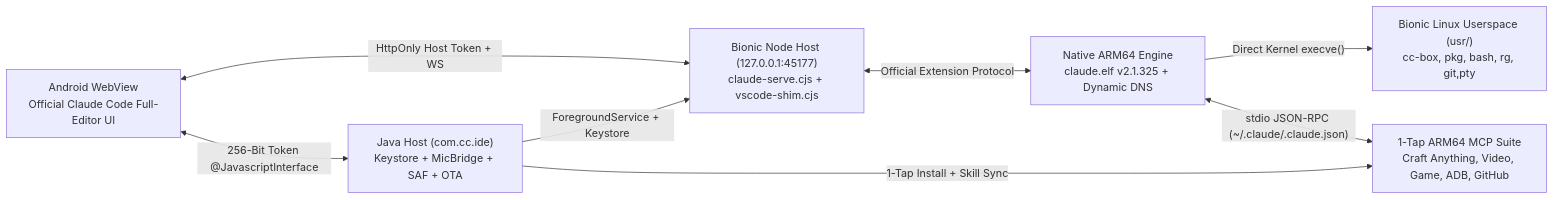
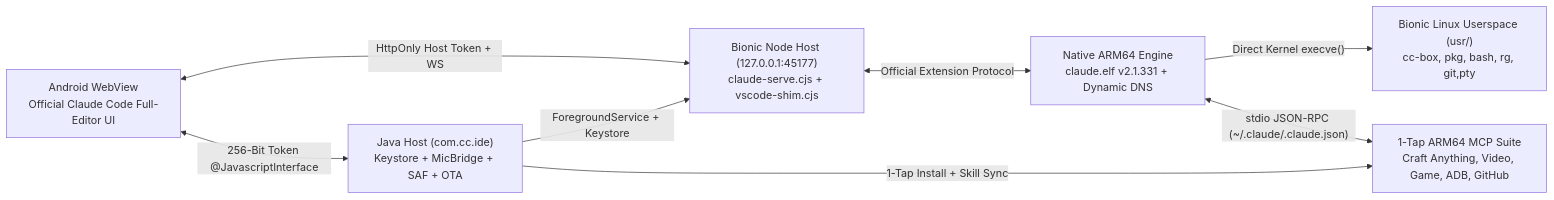
The diagram in README.md (Yhoanes/claude-android), drawn with Mermaid before and after one commit. The commit also changed other lines of this file and 24 other files, not shown here.

Commit message:
chore(release): upgrade Claude Code engine & extension to v2.1.331 + sync 15 ARM64 plugins

````diff
--- a/README.md
+++ b/README.md
@@ -40,17 +40,17 @@
 ```mermaid
 flowchart LR
     UI["Android WebView<br/>Official Claude Code Full-Editor UI"]
     HOST["Java Host (com.cc.ide)<br/>Keystore + MicBridge + SAF + OTA"]
     SHIM["Bionic Node Host (127.0.0.1:45177)<br/>claude-serve.cjs + vscode-shim.cjs"]
-    CORE["Native ARM64 Engine<br/>claude.elf v2.1.325 + Dynamic DNS"]
+    CORE["Native ARM64 Engine<br/>claude.elf v2.1.331 + Dynamic DNS"]
     USR["Bionic Linux Userspace (usr/)<br/>cc-box, pkg, bash, rg, git,pty"]
     MCP["1-Tap ARM64 MCP Suite<br/>Craft Anything, Video, Game, ADB, GitHub"]
 
     UI <-->|"HttpOnly Host Token + WS"| SHIM
     UI <-->|"256-Bit Token @JavascriptInterface"| HOST
     HOST -->|"ForegroundService + Keystore"| SHIM
     SHIM <-->|"Official Extension Protocol"| CORE
     CORE -->|"Direct Kernel execve()"| USR
     CORE <-->|"stdio JSON-RPC (~/.claude/.claude.json)"| MCP
     HOST -->|"1-Tap Install + Skill Sync"| MCP
 ```
````
